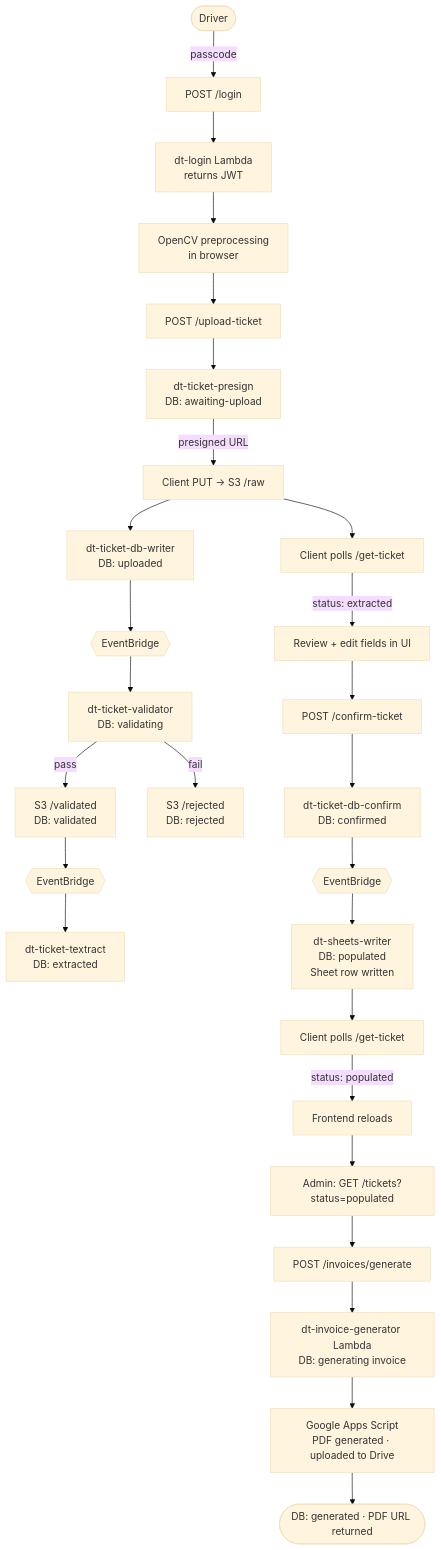
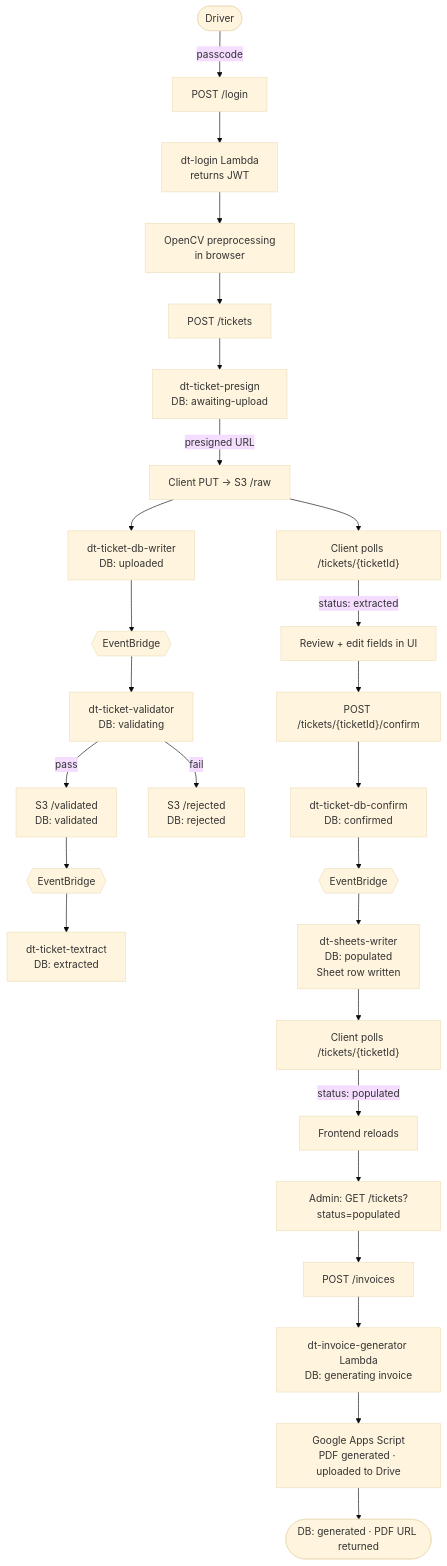
The first of 2 diagrams in ARCHITECTURE.MD (artomatiq/ccs-ticket-backend), drawn with Mermaid (base theme) before and after one commit. The commit also changed other lines of this file, not shown here.

````diff
--- a/ARCHITECTURE.MD
+++ b/ARCHITECTURE.MD
@@ -9,34 +9,34 @@
 ```mermaid
 flowchart TD
     A([Driver]) -->|passcode| B[POST /login]
     B --> C[dt-login Lambda\nreturns JWT]
 
     C --> D[OpenCV preprocessing\nin browser]
-    D --> E[POST /upload-ticket]
+    D --> E[POST /tickets]
     E --> F[dt-ticket-presign\nDB: awaiting-upload]
     F -->|presigned URL| G[Client PUT → S3 /raw]
 
     G --> H[dt-ticket-db-writer\nDB: uploaded]
     H --> I{{EventBridge}}
     I --> J[dt-ticket-validator\nDB: validating]
     J -->|pass| K[S3 /validated\nDB: validated]
     J -->|fail| L[S3 /rejected\nDB: rejected]
     K --> M{{EventBridge}}
     M --> N[dt-ticket-textract\nDB: extracted]
 
-    G --> O[Client polls /get-ticket]
+    G --> O["Client polls /tickets/{ticketId}"]
     O -->|status: extracted| P[Review + edit fields in UI]
-    P --> Q[POST /confirm-ticket]
+    P --> Q["POST /tickets/{ticketId}/confirm"]
     Q --> R[dt-ticket-db-confirm\nDB: confirmed]
     R --> S{{EventBridge}}
     S --> T[dt-sheets-writer\nDB: populated\nSheet row written]
 
-    T --> U[Client polls /get-ticket]
+    T --> U["Client polls /tickets/{ticketId}"]
     U -->|status: populated| V[Frontend reloads]
 
     V --> W[Admin: GET /tickets?status=populated]
-    W --> X[POST /invoices/generate]
+    W --> X[POST /invoices]
     X --> Y[dt-invoice-generator Lambda\nDB: generating invoice]
     Y --> Z[Google Apps Script\nPDF generated · uploaded to Drive]
     Z --> AA([DB: generated · PDF URL returned])
 ```
````
